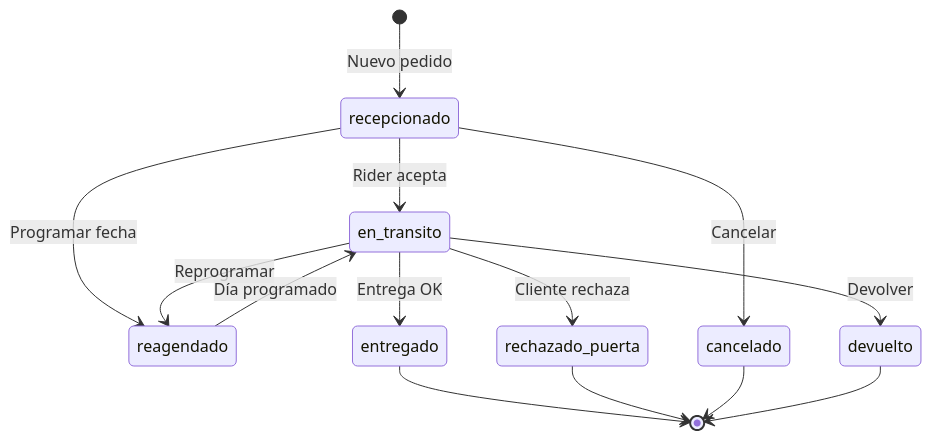
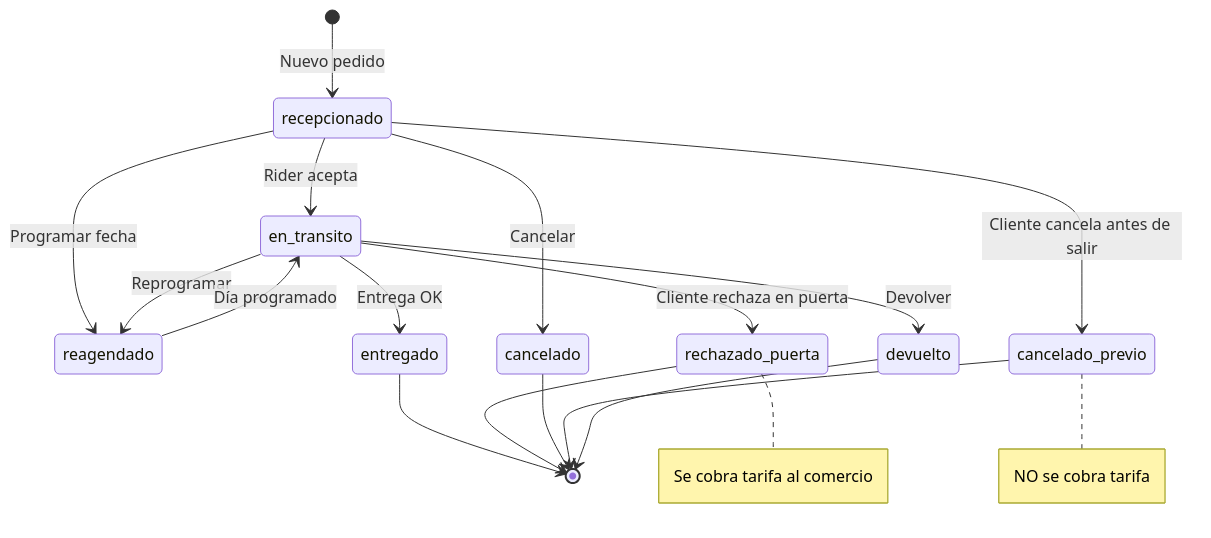
One commit to vargascarlitos/fitoxpress-docs changed the second of 2 diagrams in documents/modulos/pedidos.md. Above: the diagram before and after it, drawn with Mermaid. The commit also changed other lines of this file and 7 other files, not shown here.

Commit message:
update delivery_status enum and documentation; add new statuses for order management, clarify differences between rejected and canceled orders, and enhance schema with rendition notes for better tracking

````diff
--- a/documents/modulos/pedidos.md
+++ b/documents/modulos/pedidos.md
@@ -319,20 +324,25 @@
 ```mermaid
 stateDiagram-v2
     [*] --> recepcionado: Nuevo pedido
     
     recepcionado --> en_transito: Rider acepta
     recepcionado --> reagendado: Programar fecha
     recepcionado --> cancelado: Cancelar
+    recepcionado --> cancelado_previo: Cliente cancela antes de salir
     
     en_transito --> entregado: Entrega OK
-    en_transito --> rechazado_puerta: Cliente rechaza
+    en_transito --> rechazado_puerta: Cliente rechaza en puerta
     en_transito --> reagendado: Reprogramar
     en_transito --> devuelto: Devolver
     
     reagendado --> en_transito: Día programado
     
     entregado --> [*]
     rechazado_puerta --> [*]
     cancelado --> [*]
+    cancelado_previo --> [*]
     devuelto --> [*]
+    
+    note right of rechazado_puerta: Se cobra tarifa al comercio
+    note right of cancelado_previo: NO se cobra tarifa
 ```
````
